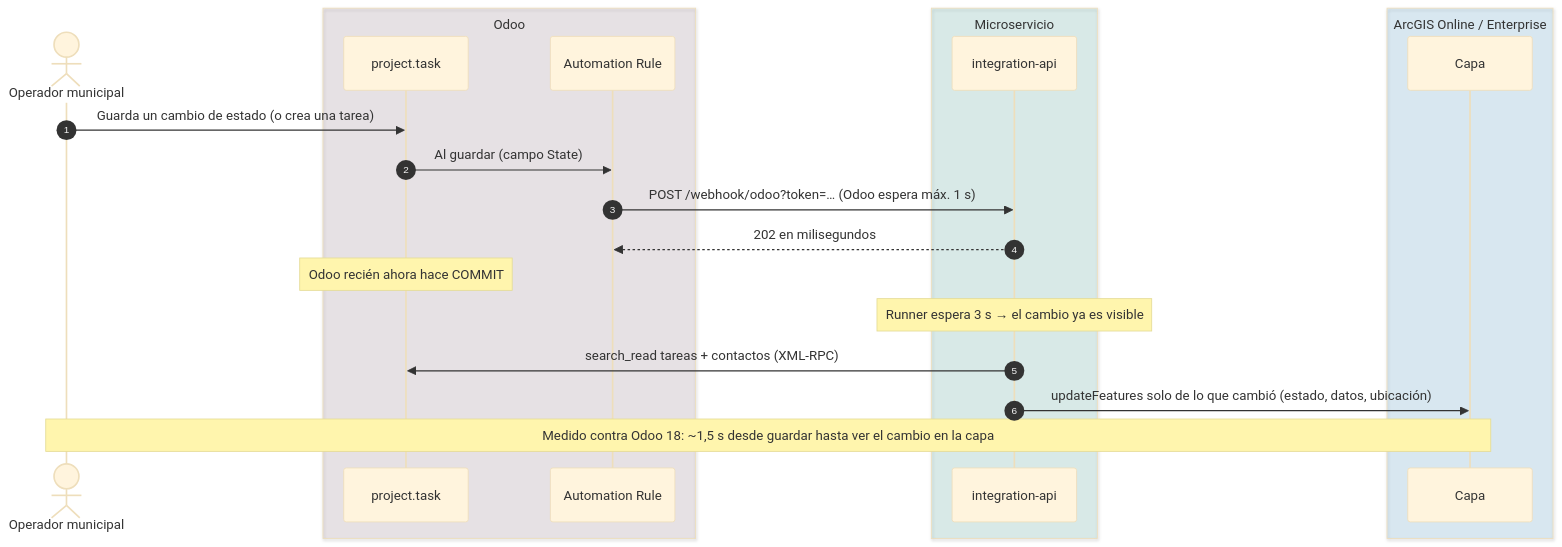
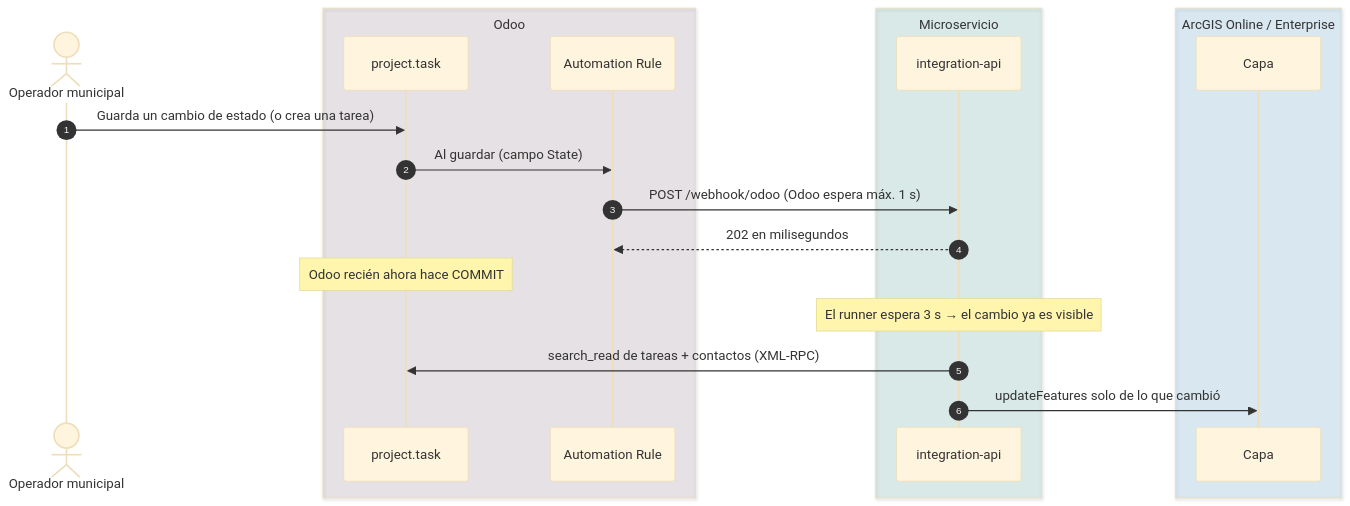
The fifth of 9 diagrams in README.md (osbonilla/IntegracionOdooArcGIS), drawn with Mermaid (base theme) before and after one commit. The commit also changed other lines of this file and 6 other files, not shown here.

````diff
--- a/README.md
+++ b/README.md
@@ -508,25 +751,24 @@
 ```mermaid
 sequenceDiagram
     autonumber
     actor Op as Operador municipal
     box rgba(113,75,103,0.12) Odoo
         participant O as project.task
         participant R as Automation Rule
     end
     box rgba(0,137,123,0.12) Microservicio
         participant API as integration-api
     end
     box rgba(0,121,193,0.12) ArcGIS Online / Enterprise
         participant L as Capa
     end
 
     Op->>O: Guarda un cambio de estado (o crea una tarea)
     O->>R: Al guardar (campo State)
-    R->>API: POST /webhook/odoo?token=… (Odoo espera máx. 1 s)
+    R->>API: POST /webhook/odoo (Odoo espera máx. 1 s)
     API-->>R: 202 en milisegundos
     Note over O: Odoo recién ahora hace COMMIT
-    Note over API: Runner espera 3 s → el cambio ya es visible
-    API->>O: search_read tareas + contactos (XML-RPC)
-    API->>L: updateFeatures solo de lo que cambió (estado, datos, ubicación)
-    Note over Op,L: Medido contra Odoo 18: ~1,5 s desde guardar hasta ver el cambio en la capa
+    Note over API: El runner espera 3 s → el cambio ya es visible
+    API->>O: search_read de tareas + contactos (XML-RPC)
+    API->>L: updateFeatures solo de lo que cambió
 ```
````
